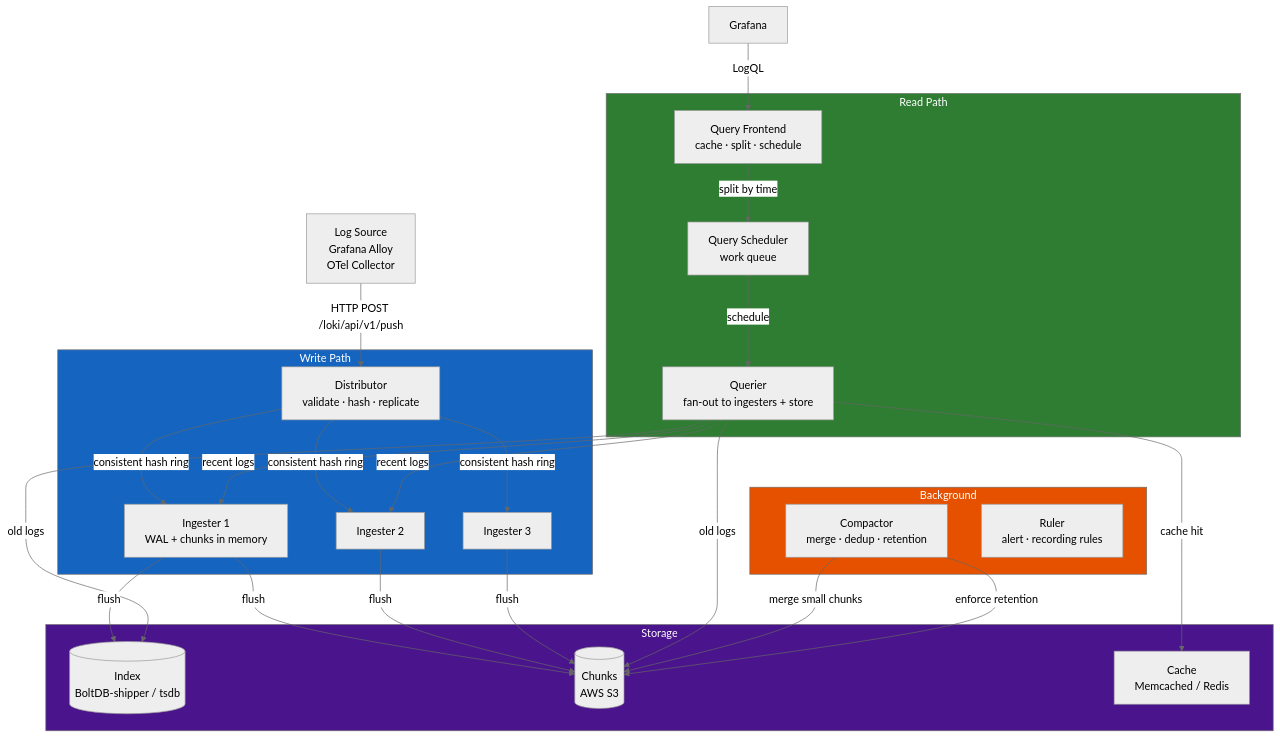
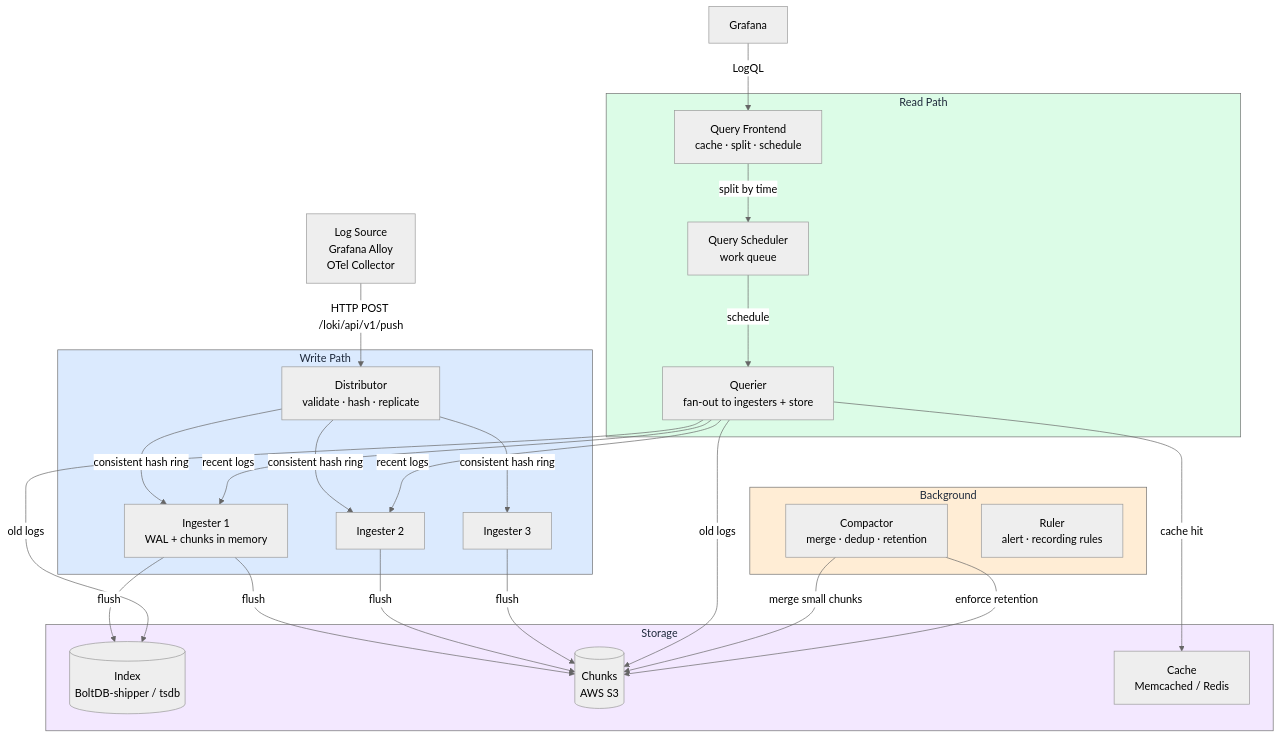
The first of 6 diagrams in docs/en/04-loki/README.md (XUanhoa04/aiops-engineering-handbook), drawn with Mermaid (neutral theme) before and after one commit. The commit also changed 39 other files, not shown here.

First line of the commit message:
docs: concept-first Ch.08-12, collapse code, soft Mermaid colors

````diff
--- a/docs/en/04-loki/README.md
+++ b/docs/en/04-loki/README.md
@@ -112,53 +112,53 @@
 ```mermaid
 graph TD
     subgraph Ingest["Write Path"]
         DIST[Distributor\nvalidate · hash · replicate]
         ING1[Ingester 1\nWAL + chunks in memory]
         ING2[Ingester 2]
         ING3[Ingester 3]
     end
 
     subgraph Query["Read Path"]
         QF[Query Frontend\ncache · split · schedule]
         QS[Query Scheduler\nwork queue]
         QUER[Querier\nfan-out to ingesters + store]
     end
 
     subgraph Storage["Storage"]
         INDEX[(Index\nBoltDB-shipper / tsdb)]
         CHUNKS[(Chunks\nAWS S3)]
         CACHE[Cache\nMemcached / Redis]
     end
 
     subgraph Compaction["Background"]
         COMP[Compactor\nmerge · dedup · retention]
         RULER[Ruler\nalert · recording rules]
     end
 
     CLIENT[Log Source\nGrafana Alloy\nOTel Collector] -->|HTTP POST /loki/api/v1/push| DIST
     DIST -->|consistent hash ring| ING1
     DIST -->|consistent hash ring| ING2
     DIST -->|consistent hash ring| ING3
 
     ING1 -->|flush| CHUNKS
     ING1 -->|flush| INDEX
     ING2 -->|flush| CHUNKS
     ING3 -->|flush| CHUNKS
 
     CLIENT2[Grafana] -->|LogQL| QF
     QF -->|split by time| QS
     QS -->|schedule| QUER
     QUER -->|recent logs| ING1
     QUER -->|recent logs| ING2
     QUER -->|old logs| CHUNKS
     QUER -->|old logs| INDEX
     QUER -->|cache hit| CACHE
 
     COMP -->|merge small chunks| CHUNKS
     COMP -->|enforce retention| CHUNKS
 
-    style Ingest fill:#1565c0,color:#fff
-    style Query fill:#2e7d32,color:#fff
-    style Storage fill:#4a148c,color:#fff
-    style Compaction fill:#e65100,color:#fff
+    style Ingest fill:#dbeafe,color:#1e293b
+    style Query fill:#dcfce7,color:#1e293b
+    style Storage fill:#f3e8ff,color:#1e293b
+    style Compaction fill:#ffedd5,color:#1e293b
 ```
````
